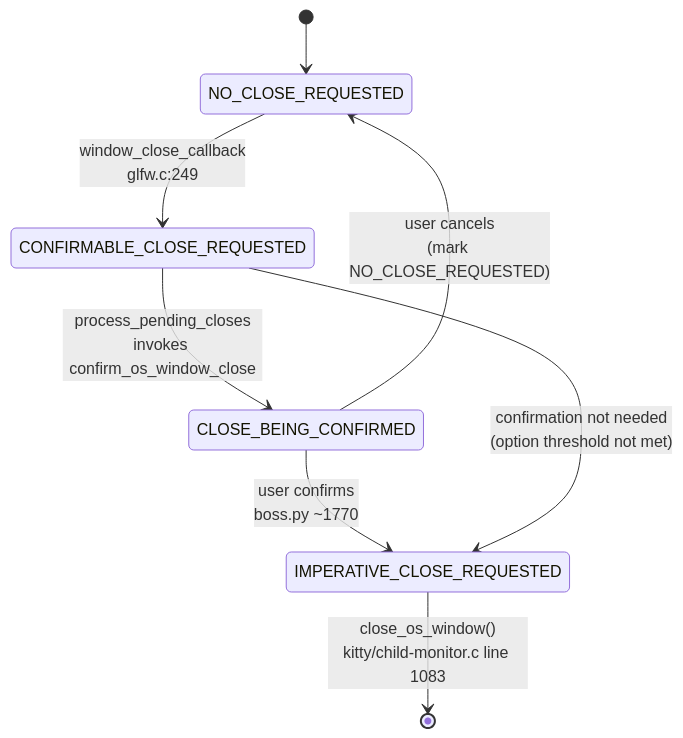
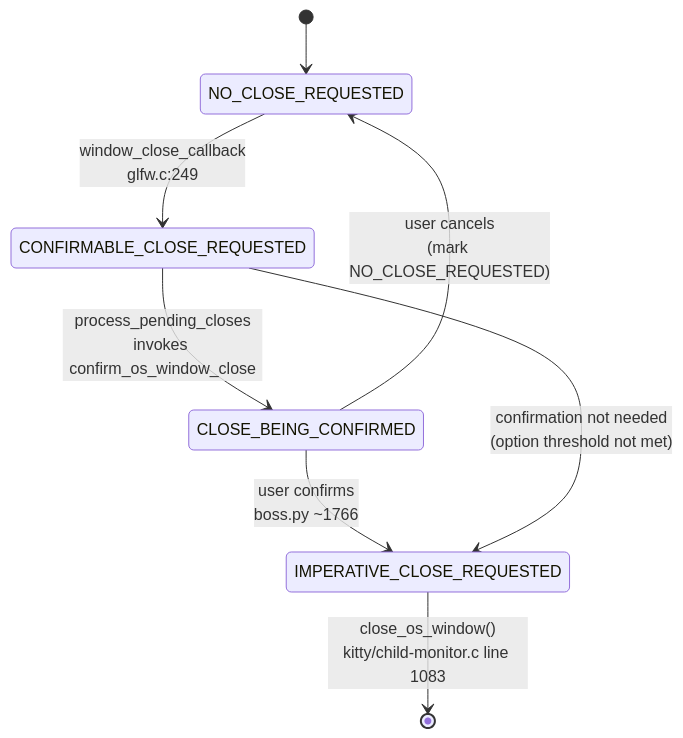
Before and after one commit to blitzy-research/kitty: the fourth of 6 diagrams in blitzy/documentation/kitty_815df1e210e0.md, drawn with Mermaid. The commit also changed other lines of this file and 1 other file, not shown here.

````diff
--- a/blitzy/documentation/kitty_815df1e210e0.md
+++ b/blitzy/documentation/kitty_815df1e210e0.md
@@ -744,10 +744,10 @@
 ```mermaid
 stateDiagram-v2
     [*] --> NO_CLOSE_REQUESTED
     NO_CLOSE_REQUESTED --> CONFIRMABLE_CLOSE_REQUESTED : window_close_callback<br/>glfw.c:249
     CONFIRMABLE_CLOSE_REQUESTED --> CLOSE_BEING_CONFIRMED : process_pending_closes<br/>invokes confirm_os_window_close
-    CLOSE_BEING_CONFIRMED --> IMPERATIVE_CLOSE_REQUESTED : user confirms<br/>boss.py ~1770
+    CLOSE_BEING_CONFIRMED --> IMPERATIVE_CLOSE_REQUESTED : user confirms<br/>boss.py ~1766
     CLOSE_BEING_CONFIRMED --> NO_CLOSE_REQUESTED : user cancels<br/>(mark NO_CLOSE_REQUESTED)
     CONFIRMABLE_CLOSE_REQUESTED --> IMPERATIVE_CLOSE_REQUESTED : confirmation not needed<br/>(option threshold not met)
     IMPERATIVE_CLOSE_REQUESTED --> [*] : close_os_window()<br/>kitty/child-monitor.c line 1083
 ```
````
